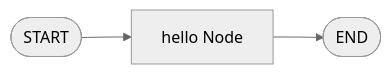
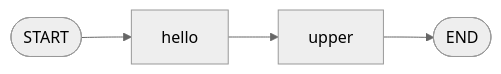
The seventh of 14 diagrams in docs/07_langgraph.md (ykubota-dev/ai-agent-tutorial), drawn with Mermaid (neutral theme) before and after one commit. The commit also changed other lines of this file and 1 other file, not shown here.

````diff
--- a/docs/07_langgraph.md
+++ b/docs/07_langgraph.md
@@ -257,9 +605,14 @@
 ```mermaid
 flowchart LR
     START(["START"])
-    HELLO["hello Node"]
+
+    HELLO["hello"]
+
+    UPPER["upper"]
+
     END(["END"])
 
     START --> HELLO
-    HELLO --> END
+    HELLO --> UPPER
+    UPPER --> END
 ```
````
